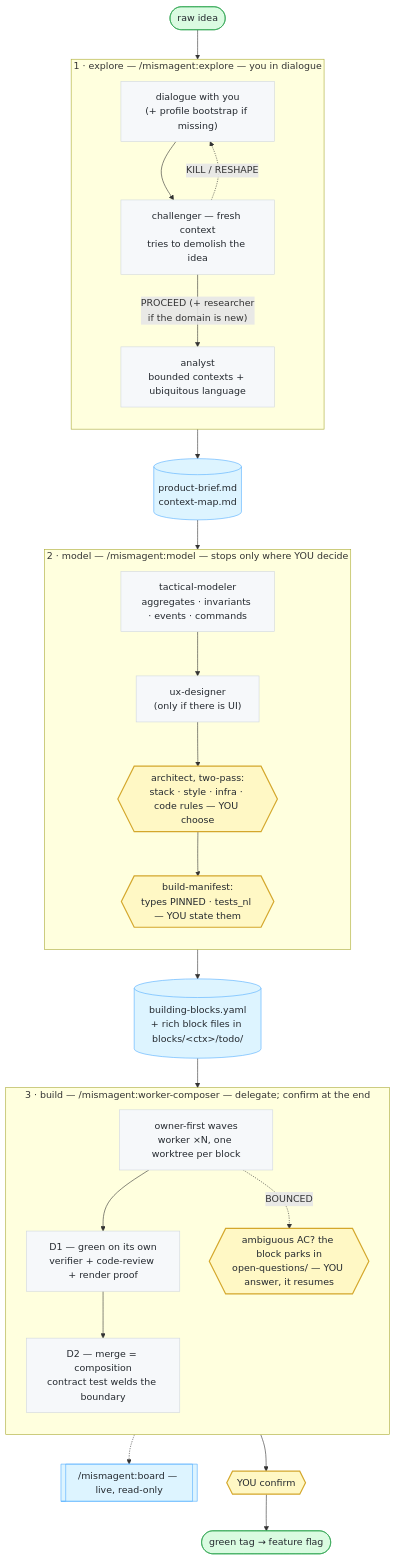
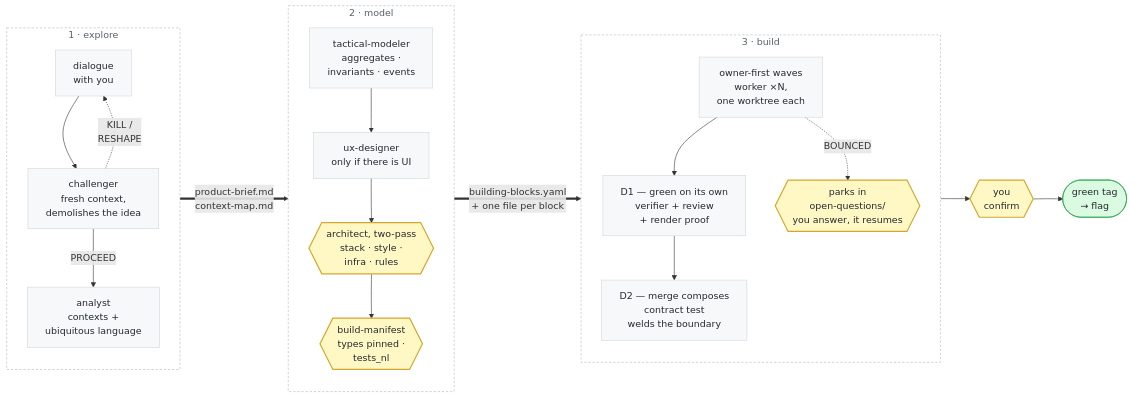
The second of 2 diagrams in README.md (lucolucus/mismagent), drawn with Mermaid before and after one commit. The commit also changed other lines of this file and 79 other files, not shown here.

````diff
--- a/README.md
+++ b/README.md
@@ -20,52 +67,44 @@
 ```mermaid
-flowchart TD
-    idea([raw idea]) --> EX
-
-    subgraph EX["1 · explore — /mismagent:explore — you in dialogue"]
+flowchart LR
+    subgraph EX["1 · explore"]
         direction TB
-        dlg["dialogue with you<br/>(+ profile bootstrap if missing)"]
-        chal["challenger — fresh context<br/>tries to demolish the idea"]
-        ana["analyst<br/>bounded contexts + ubiquitous language"]
+        dlg["dialogue<br/>with you"]
+        chal["challenger<br/>fresh context,<br/>demolishes the idea"]
+        ana["analyst<br/>contexts +<br/>ubiquitous language"]
         dlg --> chal
-        chal -. "KILL / RESHAPE" .-> dlg
-        chal -- "PROCEED (+ researcher<br/>if the domain is new)" --> ana
+        chal -. "KILL /<br/>RESHAPE" .-> dlg
+        chal -- PROCEED --> ana
     end
 
-    ana --> exOut[("product-brief.md<br/>context-map.md")]
-    exOut --> MO
-
-    subgraph MO["2 · model — /mismagent:model — stops only where YOU decide"]
+    subgraph MO["2 · model"]
         direction TB
-        tact["tactical-modeler<br/>aggregates · invariants · events · commands"]
-        ux["ux-designer<br/>(only if there is UI)"]
-        arch{{"architect, two-pass:<br/>stack · style · infra · code rules — YOU choose"}}
-        bman{{"build-manifest:<br/>types PINNED · tests_nl — YOU state them"}}
+        tact["tactical-modeler<br/>aggregates ·<br/>invariants · events"]
+        ux["ux-designer<br/>only if there is UI"]
+        arch{{"architect, two-pass<br/>stack · style ·<br/>infra · rules"}}
+        bman{{"build-manifest<br/>types pinned ·<br/>tests_nl"}}
         tact --> ux --> arch --> bman
     end
 
-    bman --> moOut[("building-blocks.yaml<br/>+ rich block files in blocks/&lt;ctx&gt;/todo/")]
-    moOut --> BU
-
-    subgraph BU["3 · build — /mismagent:worker-composer — delegate; confirm at the end"]
+    subgraph BU["3 · build"]
         direction TB
-        waves["owner-first waves<br/>worker ×N, one worktree per block"]
-        d1["D1 — green on its own<br/>verifier + code-review + render proof"]
-        d2["D2 — merge = composition<br/>contract test welds the boundary"]
-        park{{"ambiguous AC? the block parks in<br/>open-questions/ — YOU answer, it resumes"}}
+        waves["owner-first waves<br/>worker ×N,<br/>one worktree each"]
+        park{{"parks in<br/>open-questions/<br/>you answer, it resumes"}}
+        d1["D1 — green on its own<br/>verifier + review<br/>+ render proof"]
+        d2["D2 — merge composes<br/>contract test<br/>welds the boundary"]
         waves --> d1 --> d2
-        waves -. "BOUNCED" .-> park
+        waves -. BOUNCED .-> park
     end
 
-    BU -.-> board[["/mismagent:board — live, read-only"]]
-    d2 --> conf{{"YOU confirm"}}
-    conf --> done([green tag → feature flag])
+    ana == "product-brief.md<br/>context-map.md" ==> tact
+    bman == "building-blocks.yaml<br/>+ one file per block" ==> waves
+    d2 --> conf{{"you<br/>confirm"}} --> done([green tag<br/>→ flag])
 
     classDef human fill:#fff8c5,stroke:#d4a72c,stroke-width:2px,color:#24292f
-    classDef file fill:#ddf4ff,stroke:#54aeff,color:#24292f
     classDef step fill:#f6f8fa,stroke:#d0d7de,color:#24292f
     classDef term fill:#dafbe1,stroke:#2da44e,color:#24292f
+    classDef movement fill:#ffffff,stroke:#afb8c1,stroke-dasharray:4 3,color:#57606a
     class arch,bman,park,conf human
-    class exOut,moOut,board file
     class dlg,chal,ana,tact,ux,waves,d1,d2 step
-    class idea,done term
+    class done term
+    class EX,MO,BU movement
 ```
````
